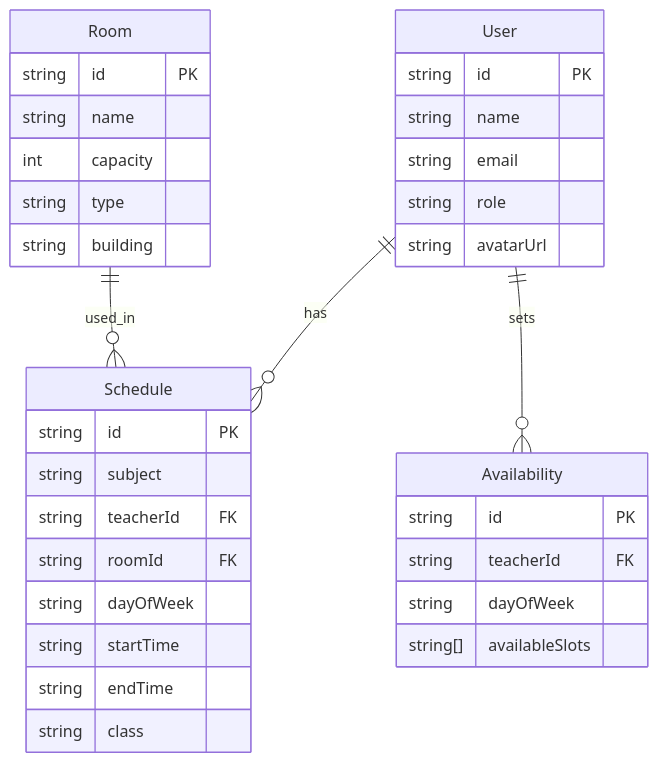
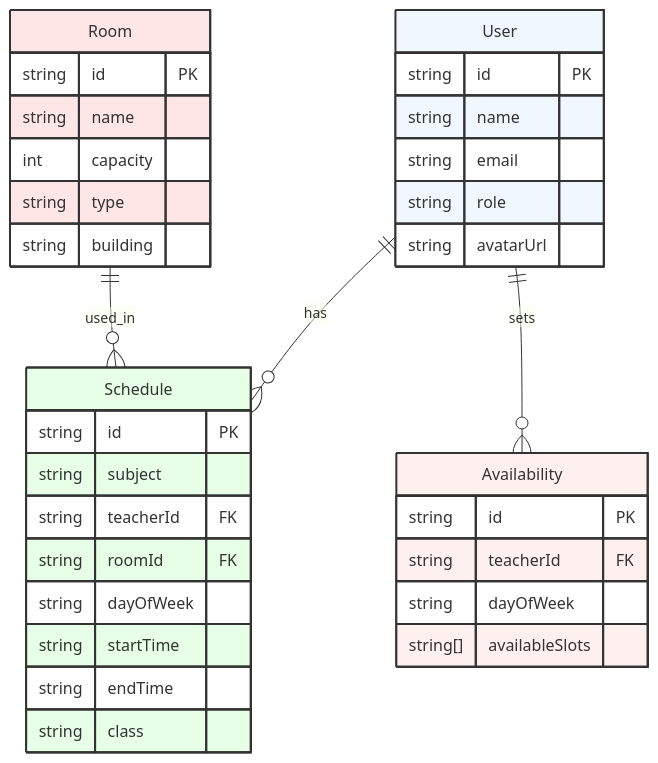
The third of 10 diagrams in docs/API.md (kafle1/timetablepro), drawn with Mermaid before and after one commit. The commit also changed other lines of this file and 1 other file, not shown here.

Commit message:
docs: update diagram colors with consistent high-contrast scheme

````diff
--- a/docs/API.md
+++ b/docs/API.md
@@ -361,40 +372,51 @@
 ```mermaid
 erDiagram
     User ||--o{ Schedule : "has"
     User ||--o{ Availability : "sets"
     Room ||--o{ Schedule : "used_in"
+    
+    %% Entity styling
+    classDef user fill:#f0f7ff,stroke:#333,stroke-width:2px
+    classDef schedule fill:#e6ffe6,stroke:#333,stroke-width:2px
+    classDef room fill:#ffe6e6,stroke:#333,stroke-width:2px
+    classDef availability fill:#fff0f0,stroke:#333,stroke-width:2px
+    
+    class User user
+    class Schedule schedule
+    class Room room
+    class Availability availability
     
     User {
         string id PK
         string name
         string email
         string role
         string avatarUrl
     }
     
     Schedule {
         string id PK
         string subject
         string teacherId FK
         string roomId FK
         string dayOfWeek
         string startTime
         string endTime
         string class
     }
     
     Room {
         string id PK
         string name
         int capacity
         string type
         string building
     }
     
     Availability {
         string id PK
         string teacherId FK
         string dayOfWeek
         string[] availableSlots
     }
 ```
````
